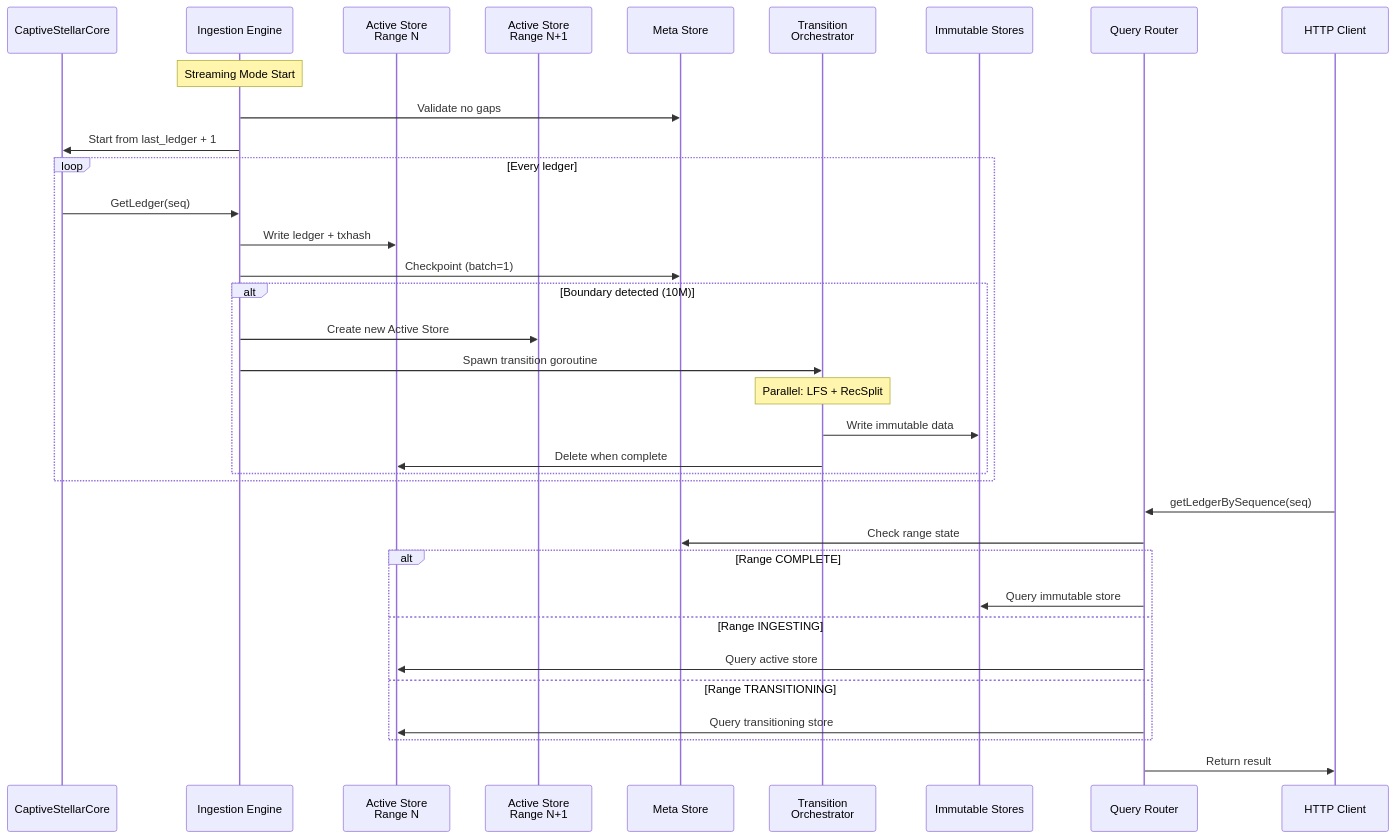
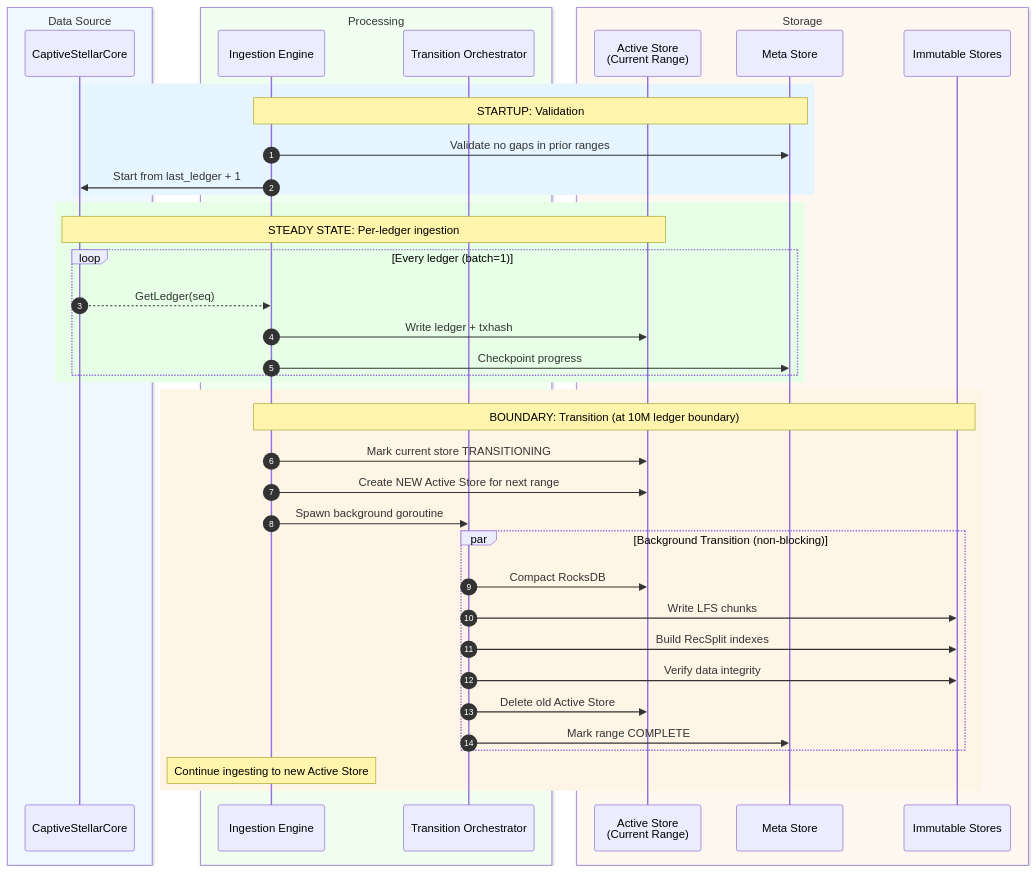
The third of 4 diagrams in design-docs/01-architecture-overview.md (karthikiyer56/stellar-full-history-ingestion), drawn with Mermaid before and after one commit. The commit also changed other lines of this file and 1 other file, not shown here.

````diff
--- a/design-docs/01-architecture-overview.md
+++ b/design-docs/01-architecture-overview.md
@@ -98,41 +127,52 @@
 ```mermaid
 sequenceDiagram
-    participant CC as CaptiveStellarCore
-    participant IE as Ingestion Engine
-    participant AS1 as Active Store<br/>Range N
-    participant AS2 as Active Store<br/>Range N+1
-    participant MS as Meta Store
-    participant TO as Transition<br/>Orchestrator
-    participant IS as Immutable Stores
-    participant QR as Query Router
-    participant Client as HTTP Client
+    autonumber
     
-    Note over IE: Streaming Mode Start
-    IE->>MS: Validate no gaps
-    IE->>CC: Start from last_ledger + 1
+    box rgb(240, 248, 255) Data Source
+        participant CC as CaptiveStellarCore
+    end
     
-    loop Every ledger
-        CC->>IE: GetLedger(seq)
-        IE->>AS1: Write ledger + txhash
-        IE->>MS: Checkpoint (batch=1)
-        
-        alt Boundary detected (10M)
-            IE->>AS2: Create new Active Store
-            IE->>TO: Spawn transition goroutine
-            Note over TO: Parallel: LFS + RecSplit
-            TO->>IS: Write immutable data
-            TO->>AS1: Delete when complete
+    box rgb(240, 255, 240) Processing
+        participant IE as Ingestion Engine
+        participant TO as Transition Orchestrator
+    end
+    
+    box rgb(255, 248, 240) Storage
+        participant AS as Active Store<br/>(Current Range)
+        participant MS as Meta Store
+        participant IS as Immutable Stores
+    end
+    
+    rect rgb(230, 245, 255)
+        Note over IE,MS: STARTUP: Validation
+        IE->>MS: Validate no gaps in prior ranges
+        IE->>CC: Start from last_ledger + 1
+    end
+    
+    rect rgb(230, 255, 230)
+        Note over CC,AS: STEADY STATE: Per-ledger ingestion
+        loop Every ledger (batch=1)
+            CC-->>IE: GetLedger(seq)
+            IE->>AS: Write ledger + txhash
+            IE->>MS: Checkpoint progress
         end
     end
     
-    Client->>QR: getLedgerBySequence(seq)
-    QR->>MS: Check range state
-    alt Range COMPLETE
-        QR->>IS: Query immutable store
-    else Range INGESTING
-        QR->>AS1: Query active store
-    else Range TRANSITIONING
-        QR->>AS1: Query transitioning store
+    rect rgb(255, 245, 230)
+        Note over IE,IS: BOUNDARY: Transition (at 10M ledger boundary)
+        IE->>AS: Mark current store TRANSITIONING
+        IE->>AS: Create NEW Active Store for next range
+        IE->>TO: Spawn background goroutine
+        
+        par Background Transition (non-blocking)
+            TO->>AS: Compact RocksDB
+            TO->>IS: Write LFS chunks
+            TO->>IS: Build RecSplit indexes
+            TO->>IS: Verify data integrity
+            TO->>AS: Delete old Active Store
+            TO->>MS: Mark range COMPLETE
+        end
+        
+        Note over IE: Continue ingesting to new Active Store
     end
-    QR->>Client: Return result
 ```
````
